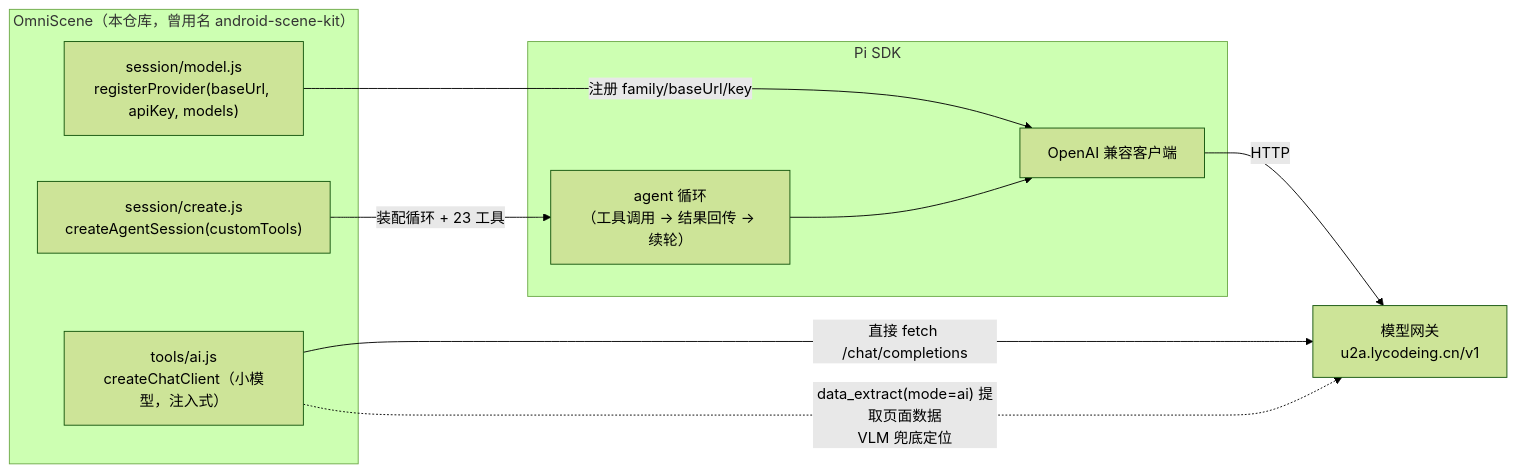
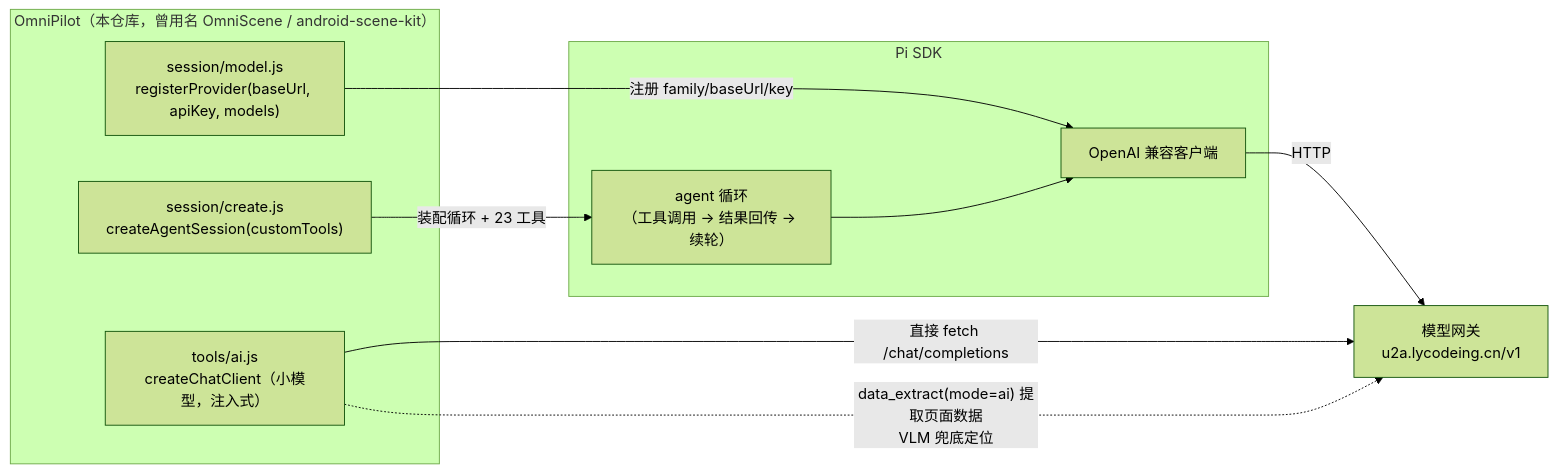
One commit to lycodeing/omnipilot changed the third of 6 diagrams in docs/ARCHITECTURE.md. Above: the diagram before and after it, drawn with Mermaid (forest theme). The commit also changed other lines of this file and 15 other files, not shown here.

First line of the commit message:
refactor: 项目更名为 OmniPilot

````diff
--- a/docs/ARCHITECTURE.md
+++ b/docs/ARCHITECTURE.md
@@ -135,23 +135,23 @@
 ```mermaid
 flowchart LR
-  subgraph KIT["OmniScene（本仓库，曾用名 android-scene-kit）"]
+  subgraph KIT["OmniPilot（本仓库，曾用名 OmniScene / android-scene-kit）"]
     A["session/model.js<br/>registerProvider(baseUrl, apiKey, models)"]
     B["session/create.js<br/>createAgentSession(customTools)"]
     C["tools/ai.js<br/>createChatClient（小模型，注入式）"]
   end
 
   subgraph PI["Pi SDK"]
     D["agent 循环<br/>（工具调用 → 结果回传 → 续轮）"]
     E["OpenAI 兼容客户端"]
   end
 
   GW["模型网关<br/>u2a.lycodeing.cn/v1"]
 
   A -->|"注册 family/baseUrl/key"| E
   B -->|"装配循环 + 23 工具"| D
   D --> E
   C -->|"直接 fetch /chat/completions"| GW
   E -->|"HTTP"| GW
 
   C -.->|"data_extract(mode=ai) 提取页面数据<br/>VLM 兜底定位"| GW
 ```
````
